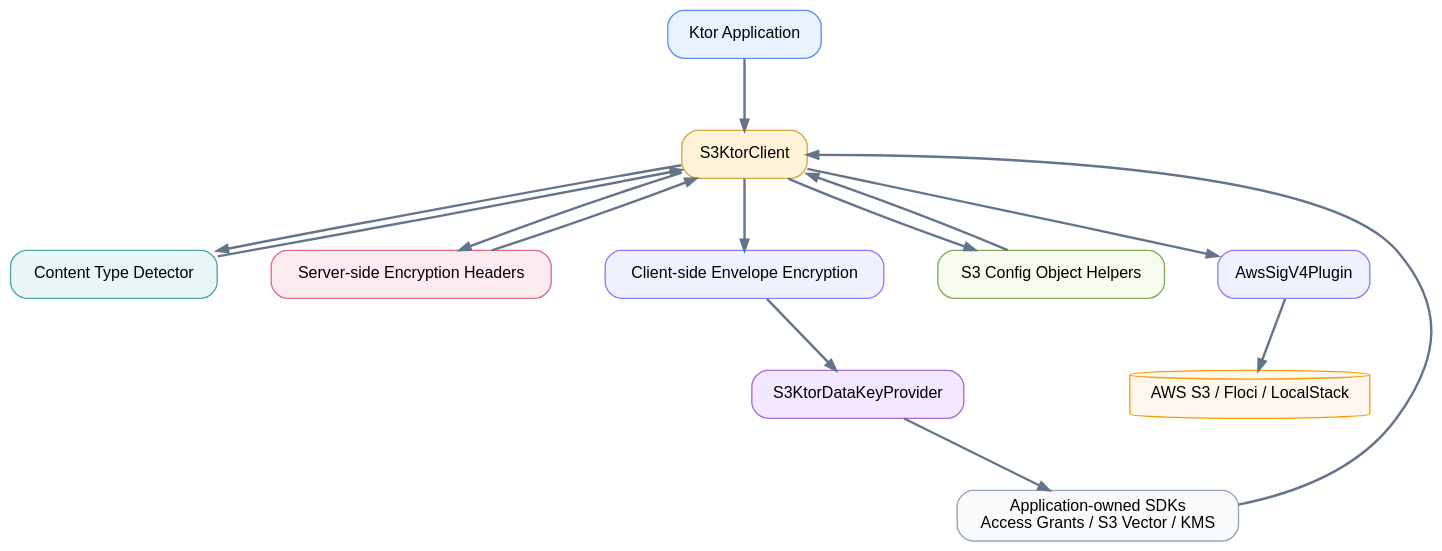
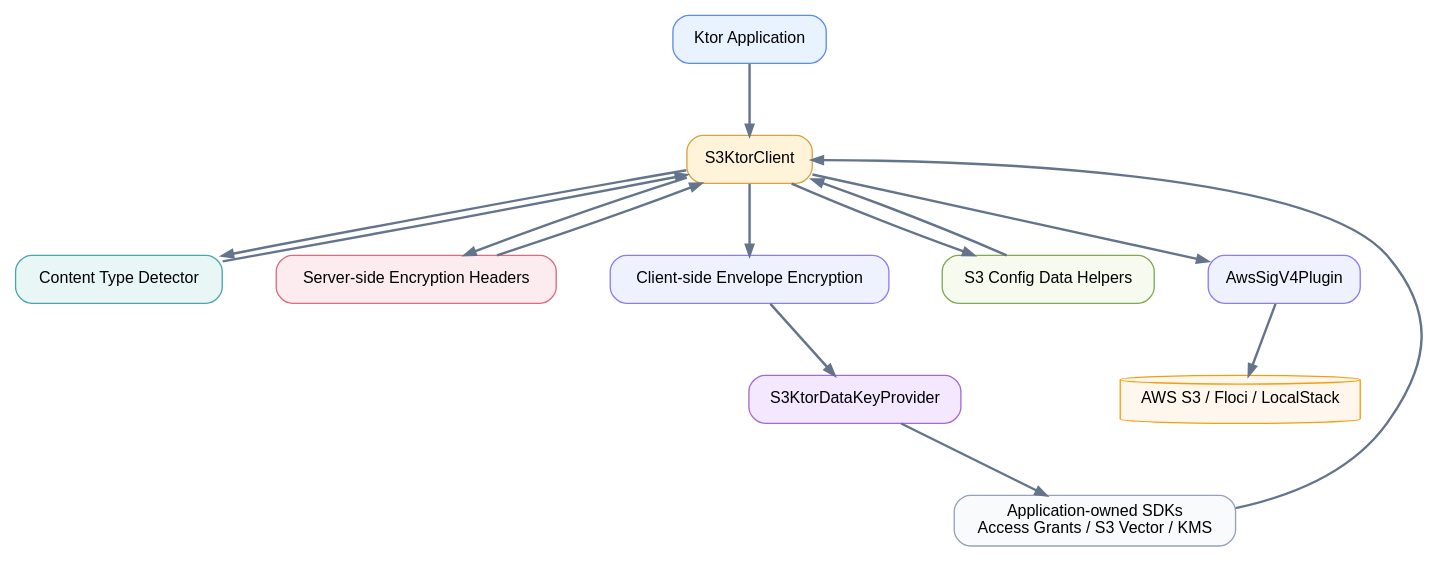
The diagram in docs/images/readme-diagrams/aws-ktor-s3-advanced-architecture-01.dot (bluetape4k/bluetape4k-aws), drawn with Graphviz before and after one commit. The commit also changed 88 other files, not shown here.

First line of the commit message:
docs: refresh AWS README and diagrams

```diff
--- a/docs/images/readme-diagrams/aws-ktor-s3-advanced-architecture-01.dot
+++ b/docs/images/readme-diagrams/aws-ktor-s3-advanced-architecture-01.dot
@@ -1,30 +1,30 @@
 digraph AwsKtorS3AdvancedArchitecture {
-  graph [rankdir=TB, bgcolor="transparent", nodesep=0.55, ranksep=0.75]
+  graph [rankdir=TB, bgcolor="#ffffff", nodesep=0.55, ranksep=0.75]
   node [shape=box, style="rounded,filled", fontname="Helvetica", fontsize=12, margin="0.14,0.08"]
   edge [color="#64748b", penwidth=1.8, arrowsize=0.8]
 
   app [label="Ktor Application", fillcolor="#e8f3ff", color="#5b8def"]
   client [label="S3KtorClient", fillcolor="#fff3d9", color="#d6a441"]
   detector [label="Content Type Detector", fillcolor="#e8f7f6", color="#4ca6a8"]
   sse [label="Server-side Encryption Headers", fillcolor="#fdecef", color="#dc6b82"]
   cse [label="Client-side Envelope Encryption", fillcolor="#eef2ff", color="#8b7cf6"]
   datakey [label="S3KtorDataKeyProvider", fillcolor="#f3e8ff", color="#a36ad6"]
-  config [label="S3 Config Object Helpers", fillcolor="#f7fbef", color="#80a857"]
+  config [label="S3 Config Data Helpers", fillcolor="#f7fbef", color="#80a857"]
   sigv4 [label="AwsSigV4Plugin", fillcolor="#eef2ff", color="#8b7cf6"]
   s3 [label="AWS S3 / Floci / LocalStack", shape=cylinder, fillcolor="#fff7ed", color="#f59e0b"]
   optional [label="Application-owned SDKs\nAccess Grants / S3 Vector / KMS", fillcolor="#f8fafc", color="#94a3b8"]
 
   app -> client
   client -> detector
   client -> sse
   client -> cse
   cse -> datakey
   client -> config
   client -> sigv4
   sigv4 -> s3
   detector -> client
   sse -> client
   config -> client
   datakey -> optional
   optional -> client
 }
```
